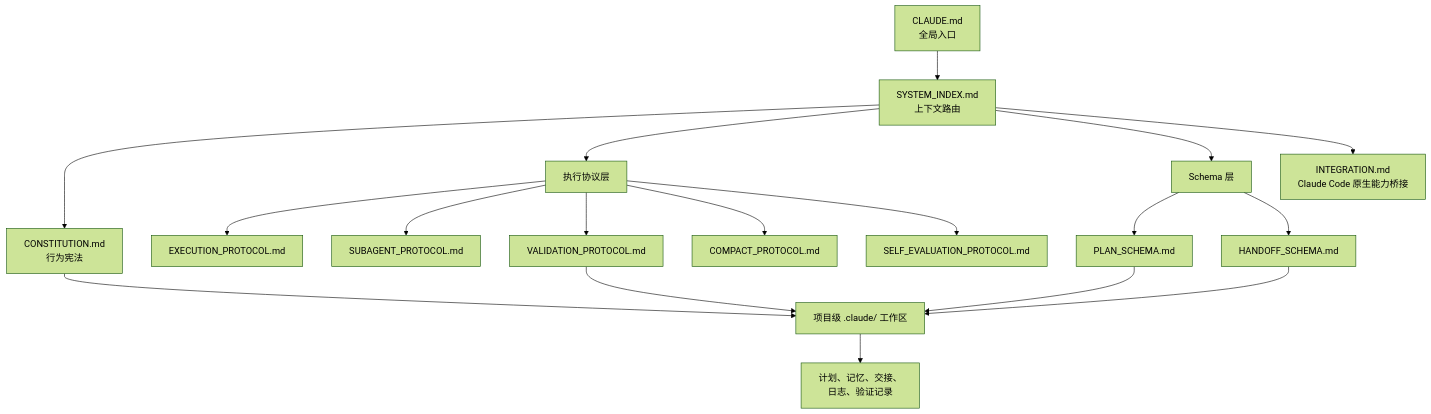
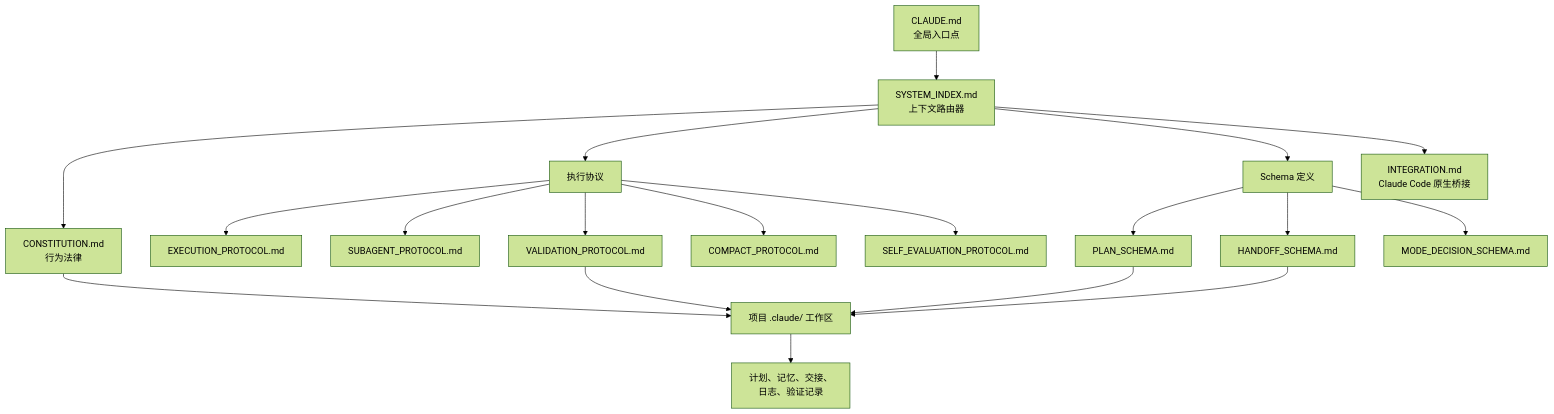
One commit to ZIONISREAL/Claude-Praxis changed the third of 5 diagrams in README.zh-CN.md. Above: the diagram before and after it, drawn with Mermaid (forest theme). The commit also changed other lines of this file and 13 other files, not shown here.

````diff
--- a/README.zh-CN.md
+++ b/README.zh-CN.md
@@ -56,24 +204,25 @@
 ```mermaid
 flowchart TB
-  Entry["CLAUDE.md<br/>全局入口"] --> Router["SYSTEM_INDEX.md<br/>上下文路由"]
-  Router --> Constitution["CONSTITUTION.md<br/>行为宪法"]
-  Router --> Protocols["执行协议层"]
-  Router --> Schemas["Schema 层"]
-  Router --> Integration["INTEGRATION.md<br/>Claude Code 原生能力桥接"]
+  Entry["CLAUDE.md<br/>全局入口点"] --> Router["SYSTEM_INDEX.md<br/>上下文路由器"]
+  Router --> Constitution["CONSTITUTION.md<br/>行为法律"]
+  Router --> Protocols["执行协议"]
+  Router --> Schemas["Schema 定义"]
+  Router --> Integration["INTEGRATION.md<br/>Claude Code 原生桥接"]
 
   Protocols --> Exec["EXECUTION_PROTOCOL.md"]
   Protocols --> Subagents["SUBAGENT_PROTOCOL.md"]
   Protocols --> Validation["VALIDATION_PROTOCOL.md"]
   Protocols --> Compact["COMPACT_PROTOCOL.md"]
   Protocols --> SelfEval["SELF_EVALUATION_PROTOCOL.md"]
 
   Schemas --> Plan["PLAN_SCHEMA.md"]
   Schemas --> Handoff["HANDOFF_SCHEMA.md"]
+  Schemas --> ModeDecision["MODE_DECISION_SCHEMA.md"]
 
-  Constitution --> Workspace["项目级 .claude/ 工作区"]
+  Constitution --> Workspace["项目 .claude/ 工作区"]
   Plan --> Workspace
   Handoff --> Workspace
   Validation --> Workspace
 
   Workspace --> Evidence["计划、记忆、交接、<br/>日志、验证记录"]
 ```
````
